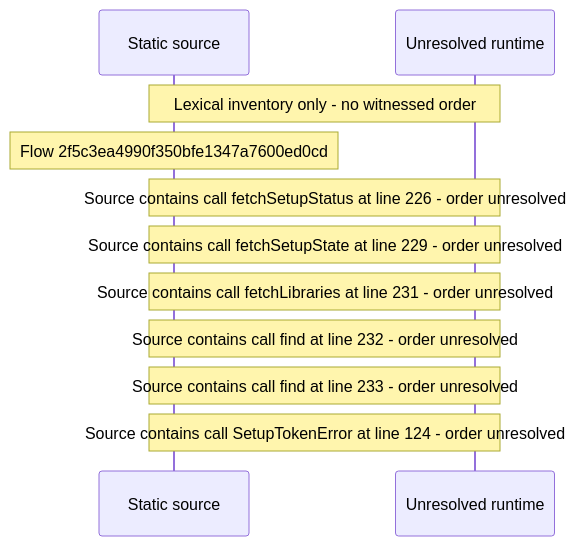
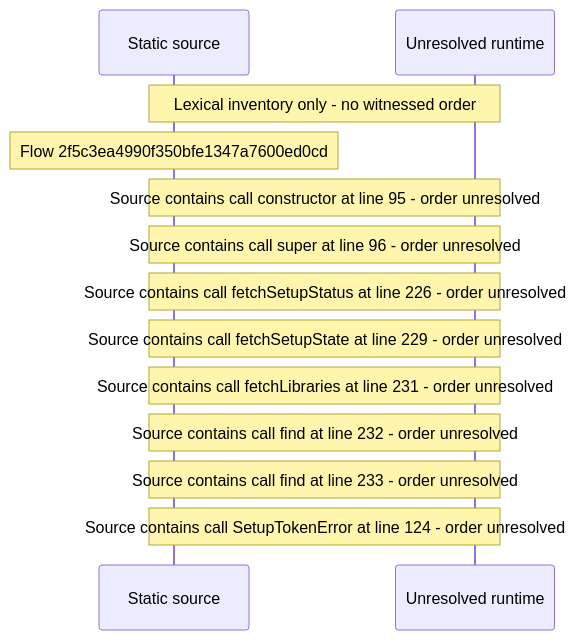
One commit to beamfall/core changed the diagram in docs/web/flows/generated/2f5c3ea4990f350bfe1347a7600ed0cd/flow-diagram.md. Above: the diagram before and after it, drawn with Mermaid. The commit also changed other lines of this file and 707 other files, not shown here.

Commit message:
Regenerate the web flow record with flow generator version 6

````diff
--- a/docs/web/flows/generated/2f5c3ea4990f350bfe1347a7600ed0cd/flow-diagram.md
+++ b/docs/web/flows/generated/2f5c3ea4990f350bfe1347a7600ed0cd/flow-diagram.md
@@ -10,13 +10,15 @@
 ```mermaid
 sequenceDiagram
     participant S as Static source
     participant U as Unresolved runtime
     Note over S,U: Lexical inventory only - no witnessed order
     Note over S: Flow 2f5c3ea4990f350bfe1347a7600ed0cd
+    Note over S,U: Source contains call constructor at line 95 - order unresolved
+    Note over S,U: Source contains call super at line 96 - order unresolved
     Note over S,U: Source contains call fetchSetupStatus at line 226 - order unresolved
     Note over S,U: Source contains call fetchSetupState at line 229 - order unresolved
     Note over S,U: Source contains call fetchLibraries at line 231 - order unresolved
     Note over S,U: Source contains call find at line 232 - order unresolved
     Note over S,U: Source contains call find at line 233 - order unresolved
     Note over S,U: Source contains call SetupTokenError at line 124 - order unresolved
 ```
````
